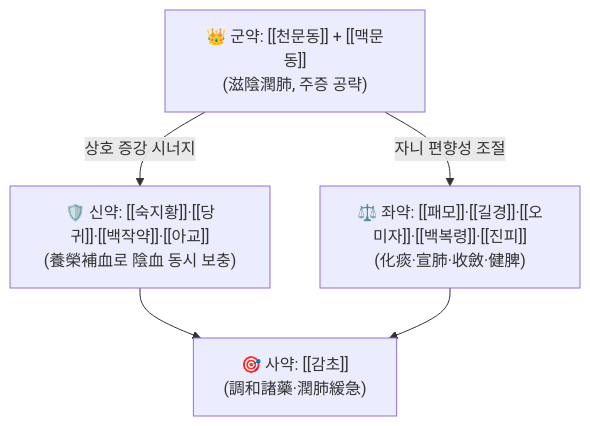
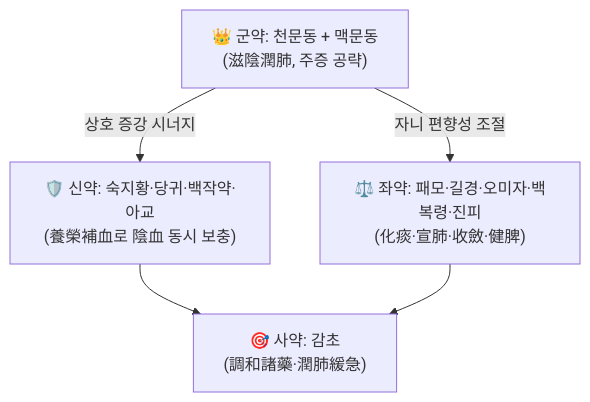
Before and after one commit to simbio11/simbio-digital-garden2: the diagram in content/2. 약리 공부/처방/02_보익제/보폐양영전.md, drawn with Mermaid. The commit also changed other lines of this file and 323 other files, not shown here.

````diff
--- a/content/2. 약리 공부/처방/02_보익제/보폐양영전.md
+++ b/content/2. 약리 공부/처방/02_보익제/보폐양영전.md
@@ -71,7 +71,7 @@
 ```mermaid
 graph TD
-    Gun["👑 군약: [[천문동]] + [[맥문동]]<br>(滋陰潤肺, 주증 공략)"] -->|상호 증강 시너지| Sin["🛡️ 신약: [[숙지황]]·[[당귀]]·[[백작약]]·[[아교]]<br>(養榮補血로 陰血 동시 보충)"]
-    Gun -->|자니 편향성 조절| Jwa["⚖️ 좌약: [[패모]]·[[길경]]·[[오미자]]·[[백복령]]·[[진피]]<br>(化痰·宣肺·收斂·健脾)"]
-    Sin --> Sa["🎯 사약: [[감초]]<br>(調和諸藥·潤肺緩急)"]
+    Gun["👑 군약: 천문동 + 맥문동<br>(滋陰潤肺, 주증 공략)"] -->|상호 증강 시너지| Sin["🛡️ 신약: 숙지황·당귀·백작약·아교<br>(養榮補血로 陰血 동시 보충)"]
+    Gun -->|자니 편향성 조절| Jwa["⚖️ 좌약: 패모·길경·오미자·백복령·진피<br>(化痰·宣肺·收斂·健脾)"]
+    Sin --> Sa["🎯 사약: 감초<br>(調和諸藥·潤肺緩急)"]
     Jwa --> Sa
 ```
````
